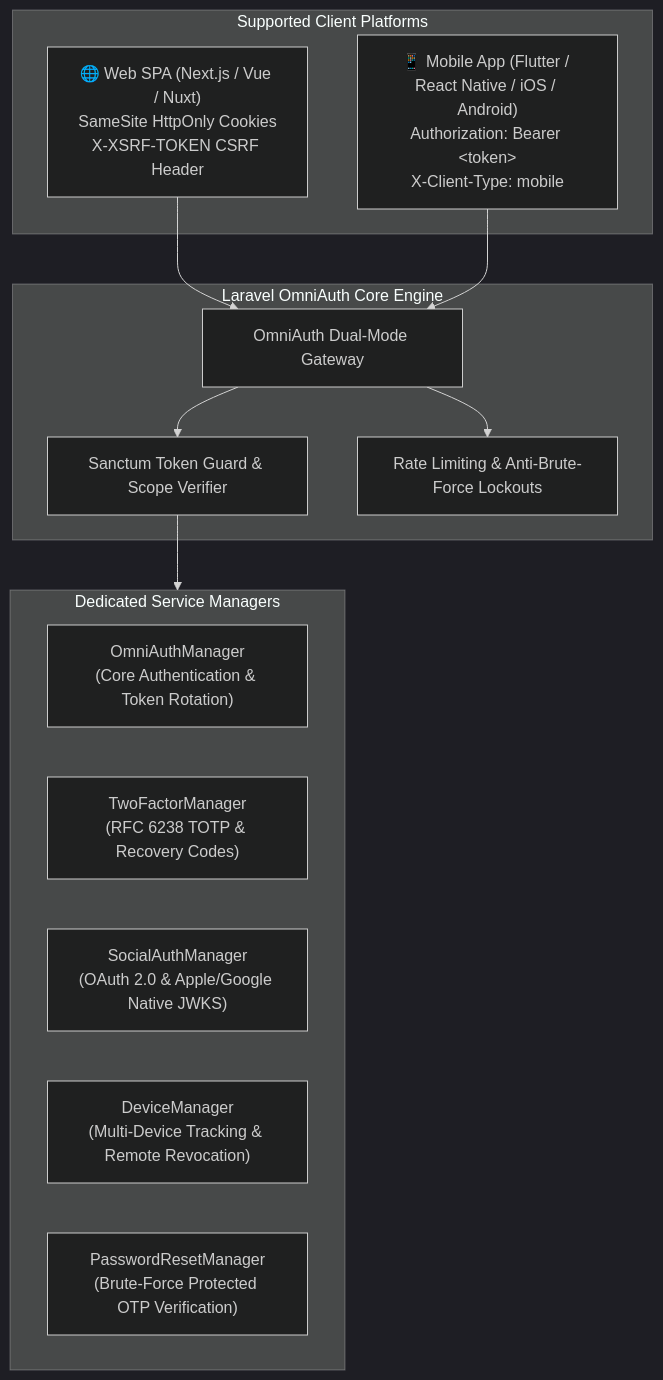
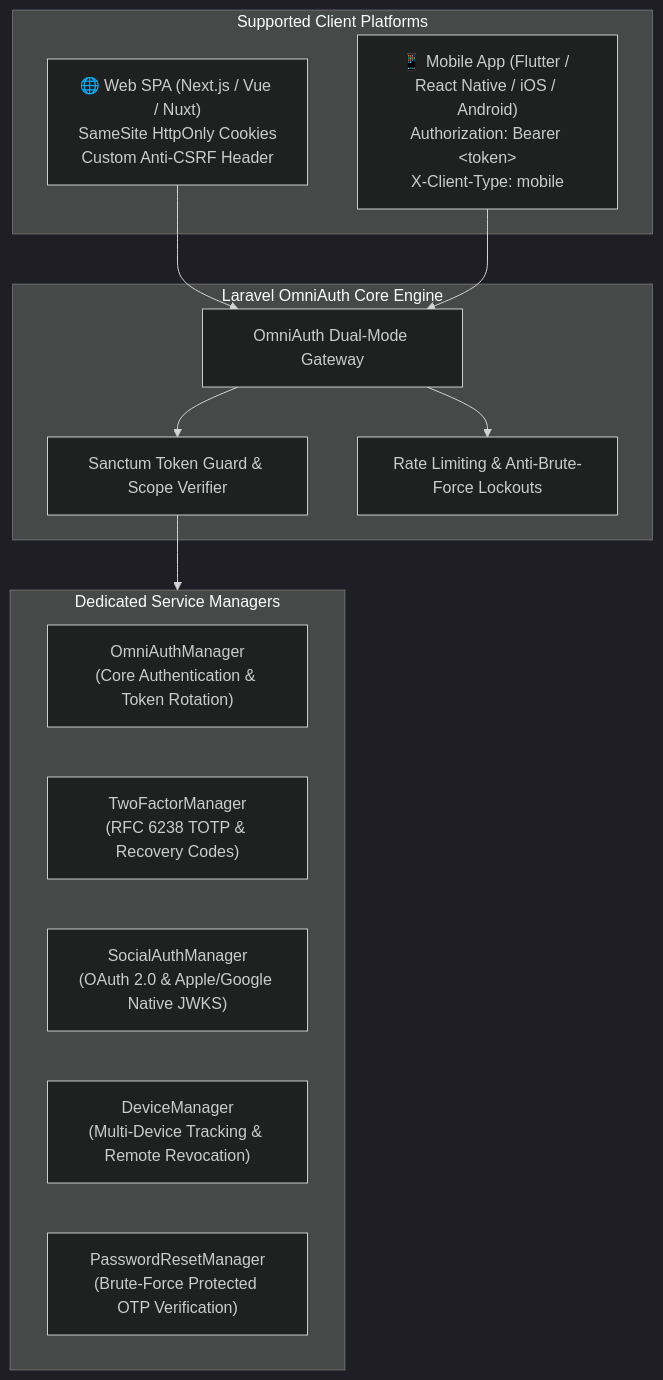
The diagram in docs/src/content/docs/getting-started/overview.md (kaziomarsh24/laravel-omni-auth), drawn with Mermaid (dark theme) before and after one commit. The commit also changed other lines of this file and 40 other files, not shown here.

````diff
--- a/docs/src/content/docs/getting-started/overview.md
+++ b/docs/src/content/docs/getting-started/overview.md
@@ -55,27 +55,27 @@
 ```mermaid
 graph TD
     subgraph Clients["Supported Client Platforms"]
-        Web["🌐 Web SPA (Next.js / Vue / Nuxt)<br/>SameSite HttpOnly Cookies<br/>X-XSRF-TOKEN CSRF Header"]
+        Web["🌐 Web SPA (Next.js / Vue / Nuxt)<br/>SameSite HttpOnly Cookies<br/>Custom Anti-CSRF Header"]
         Mobile["📱 Mobile App (Flutter / React Native / iOS / Android)<br/>Authorization: Bearer &lt;token&gt;<br/>X-Client-Type: mobile"]
     end
 
     subgraph Core["Laravel OmniAuth Core Engine"]
         Gateway["OmniAuth Dual-Mode Gateway"]
         Guard["Sanctum Token Guard & Scope Verifier"]
         Defense["Rate Limiting & Anti-Brute-Force Lockouts"]
     end
 
     subgraph Managers["Dedicated Service Managers"]
         M1["OmniAuthManager<br/>(Core Authentication & Token Rotation)"]
         M2["TwoFactorManager<br/>(RFC 6238 TOTP & Recovery Codes)"]
         M3["SocialAuthManager<br/>(OAuth 2.0 & Apple/Google Native JWKS)"]
         M4["DeviceManager<br/>(Multi-Device Tracking & Remote Revocation)"]
         M5["PasswordResetManager<br/>(Brute-Force Protected OTP Verification)"]
     end
 
     Web --> Gateway
     Mobile --> Gateway
     Gateway --> Guard
     Gateway --> Defense
     Guard --> Managers
 ```
````
